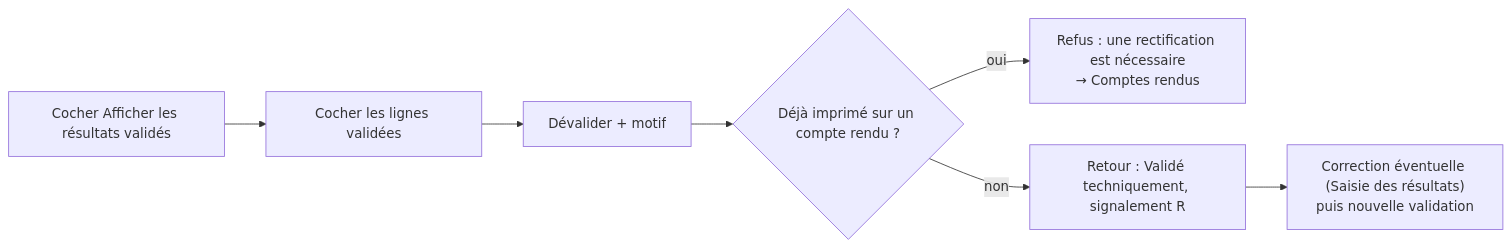
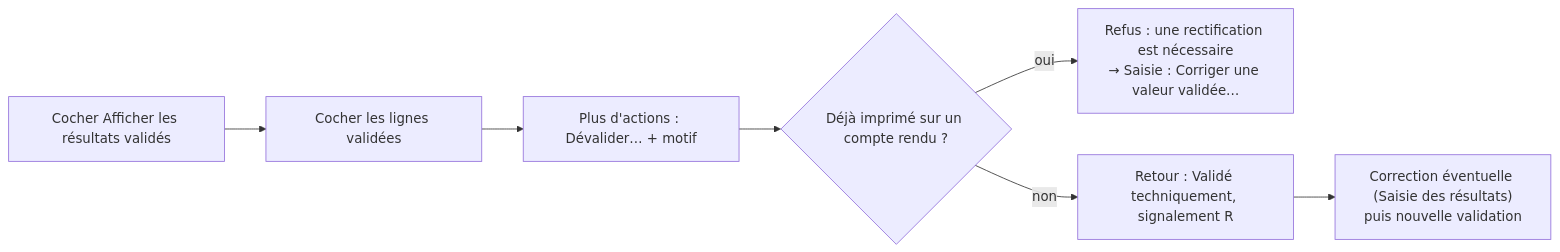
One commit to J4dJad/MarocLis changed the eighth of 10 diagrams in docs/manuel/03-analytique-comptes-rendus.md. Above: the diagram before and after it, drawn with Mermaid. The commit also changed other lines of this file and 3 other files, not shown here.

First line of the commit message:
Manuel : mise à jour des chapitres pré-analytique et analytique / comptes rendus

````diff
--- a/docs/manuel/03-analytique-comptes-rendus.md
+++ b/docs/manuel/03-analytique-comptes-rendus.md
@@ -392,9 +530,9 @@
 ```mermaid
 flowchart LR
     A["Cocher Afficher les résultats validés"] --> B["Cocher les lignes validées"]
-    B --> C["Dévalider + motif"]
+    B --> C["Plus d'actions : Dévalider… + motif"]
     C --> D{"Déjà imprimé sur un compte rendu ?"}
-    D -- "oui" --> D1["Refus : une rectification est nécessaire<br/>→ Comptes rendus"]
+    D -- "oui" --> D1["Refus : une rectification est nécessaire<br/>→ Saisie : Corriger une valeur validée…"]
     D -- "non" --> E["Retour : Validé techniquement, signalement R"]
     E --> F["Correction éventuelle (Saisie des résultats)<br/>puis nouvelle validation"]
 ```
````
